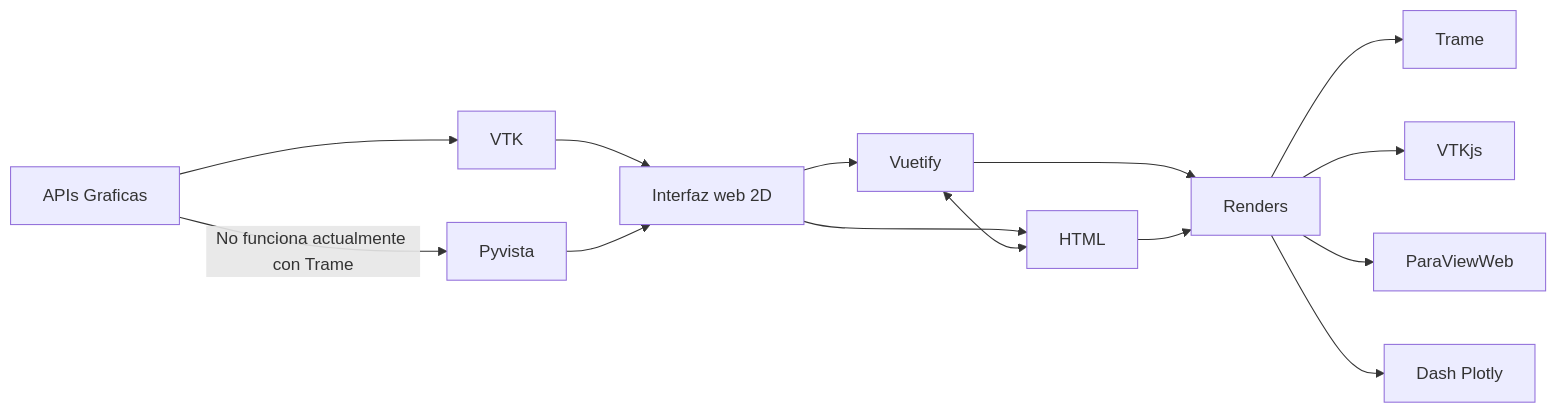
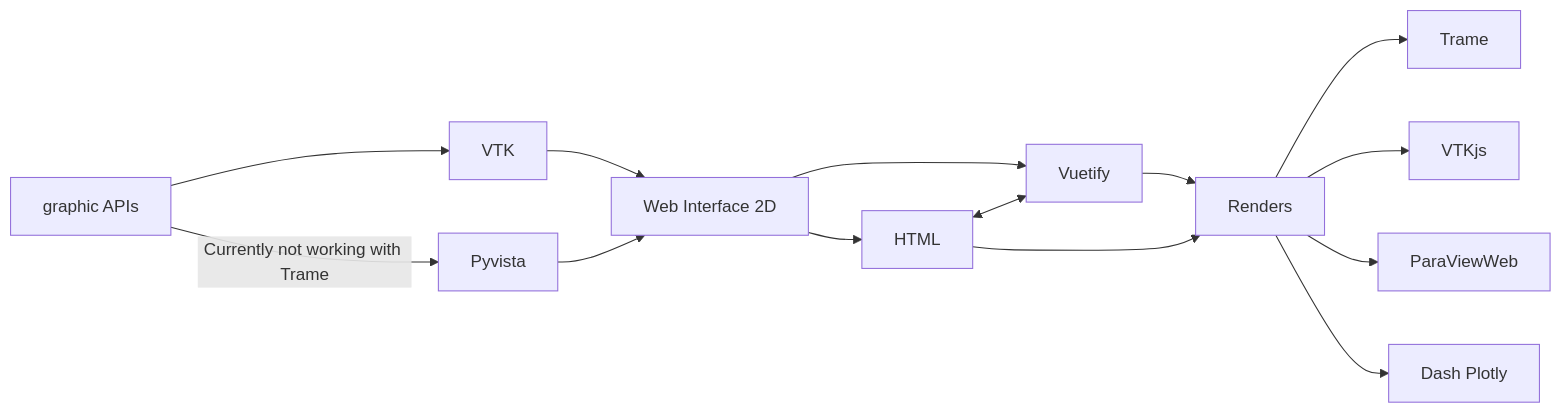
Before and after one commit to oscarBarEs/myTFG: the diagram in stateOftheArt/Readme.md, drawn with Mermaid. The commit also changed other lines of this file, not shown here.

Commit message:
changed some text to english

````diff
--- a/stateOftheArt/Readme.md
+++ b/stateOftheArt/Readme.md
@@ -9,16 +9,16 @@
 ```mermaid
 graph LR
-A[APIs Graficas] --> B[VTK]
-A -- No funciona actualmente con Trame --> C[Pyvista]
-B --> D[Interfaz web 2D]
+A[graphic APIs] --> B[VTK]
+A -- Currently not working with Trame --> C[Pyvista]
+B --> D[Web Interface 2D]
 C --> D
 D --> E[Vuetify]
 D --> F[HTML]
-E <--> F
+F <--> E
 E --> G[Renders]
 F --> G
 G --> H[Trame]
 G --> I[VTKjs]
 G --> J[ParaViewWeb]
 G --> K[Dash Plotly]
 ```
````
